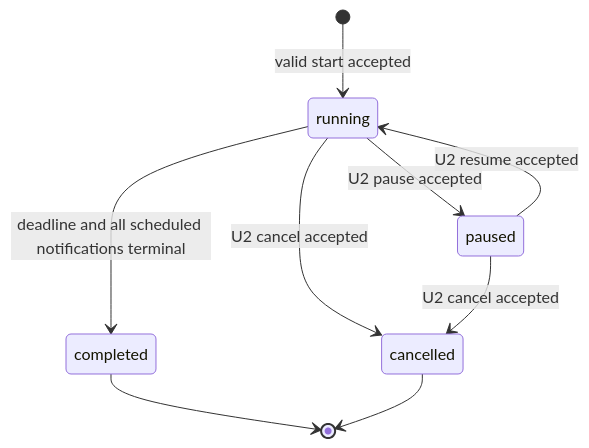
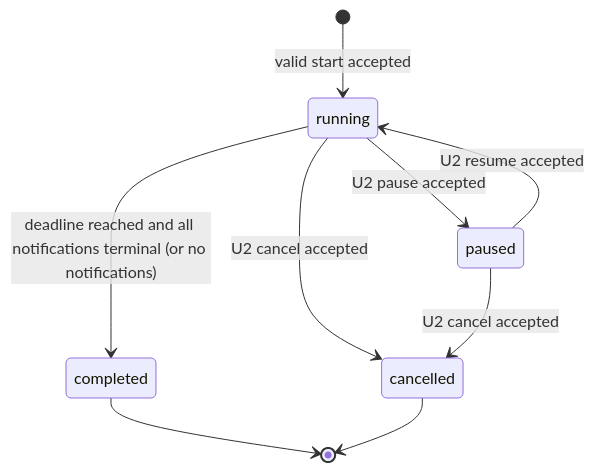
The second of 3 diagrams in aidlc/spaces/default/intents/261111-iot-lt-timer/construction/u1-integrated-timer/functional-design/functional-spec.md (Miura55/iot-lt-timer), drawn with Mermaid before and after one commit. The commit also changed other lines of this file and 144 other files, not shown here.

````diff
--- a/aidlc/spaces/default/intents/261111-iot-lt-timer/construction/u1-integrated-timer/functional-design/functional-spec.md
+++ b/aidlc/spaces/default/intents/261111-iot-lt-timer/construction/u1-integrated-timer/functional-design/functional-spec.md
@@ -46,11 +46,11 @@
 ```mermaid
 stateDiagram-v2
   [*] --> running : valid start accepted
-  running --> completed : deadline and all scheduled notifications terminal
+  running --> completed : deadline reached and all notifications terminal (or no notifications)
   running --> paused : U2 pause accepted
   paused --> running : U2 resume accepted
   running --> cancelled : U2 cancel accepted
   paused --> cancelled : U2 cancel accepted
   completed --> [*]
   cancelled --> [*]
 ```
````
